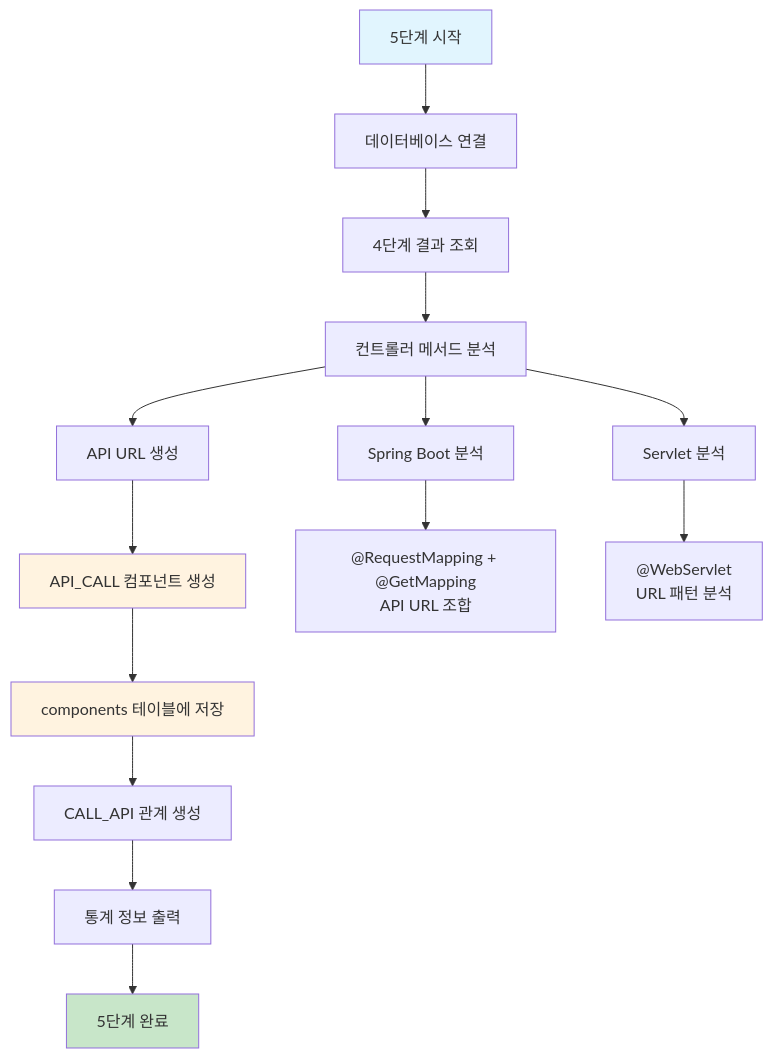
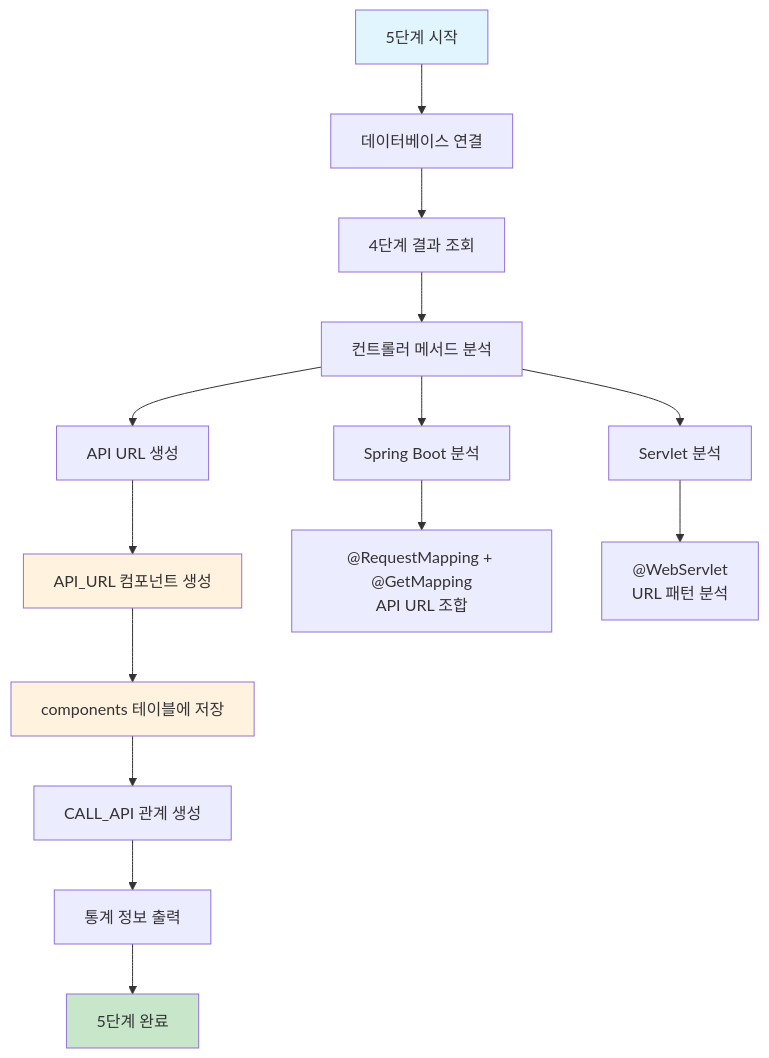
One commit to kumtaek/CreateMetaDb changed the diagram in docs/08_5단계_API_매핑_구현서.md. Above: the diagram before and after it, drawn with Mermaid. The commit also changed other lines of this file and 6 other files, not shown here.

````diff
--- a/docs/08_5단계_API_매핑_구현서.md
+++ b/docs/08_5단계_API_매핑_구현서.md
@@ -15,23 +15,23 @@
 ```mermaid
 flowchart TD
     A[5단계 시작] --> B[데이터베이스 연결]
     B --> C[4단계 결과 조회]
     C --> D[컨트롤러 메서드 분석]
     D --> E[API URL 생성]
-    E --> F[API_CALL 컴포넌트 생성]
+    E --> F[API_URL 컴포넌트 생성]
     F --> G[components 테이블에 저장]
     G --> H[CALL_API 관계 생성]
     H --> I[통계 정보 출력]
     I --> J[5단계 완료]
     
     D --> D1[Spring Boot 분석]
     D --> D2[Servlet 분석]
     
     D1 --> D1a["@RequestMapping + @GetMapping\nAPI URL 조합"]
     D2 --> D2a["@WebServlet\nURL 패턴 분석"]
     
     style A fill:#e1f5fe
     style J fill:#c8e6c9
     style F fill:#fff3e0
     style G fill:#fff3e0
 ```
````
